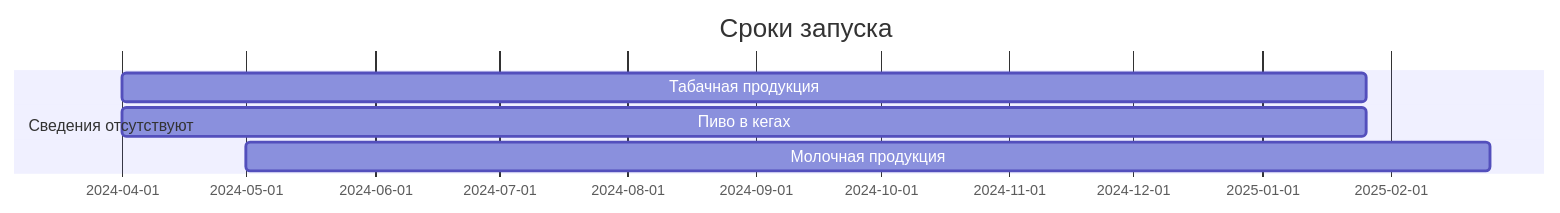
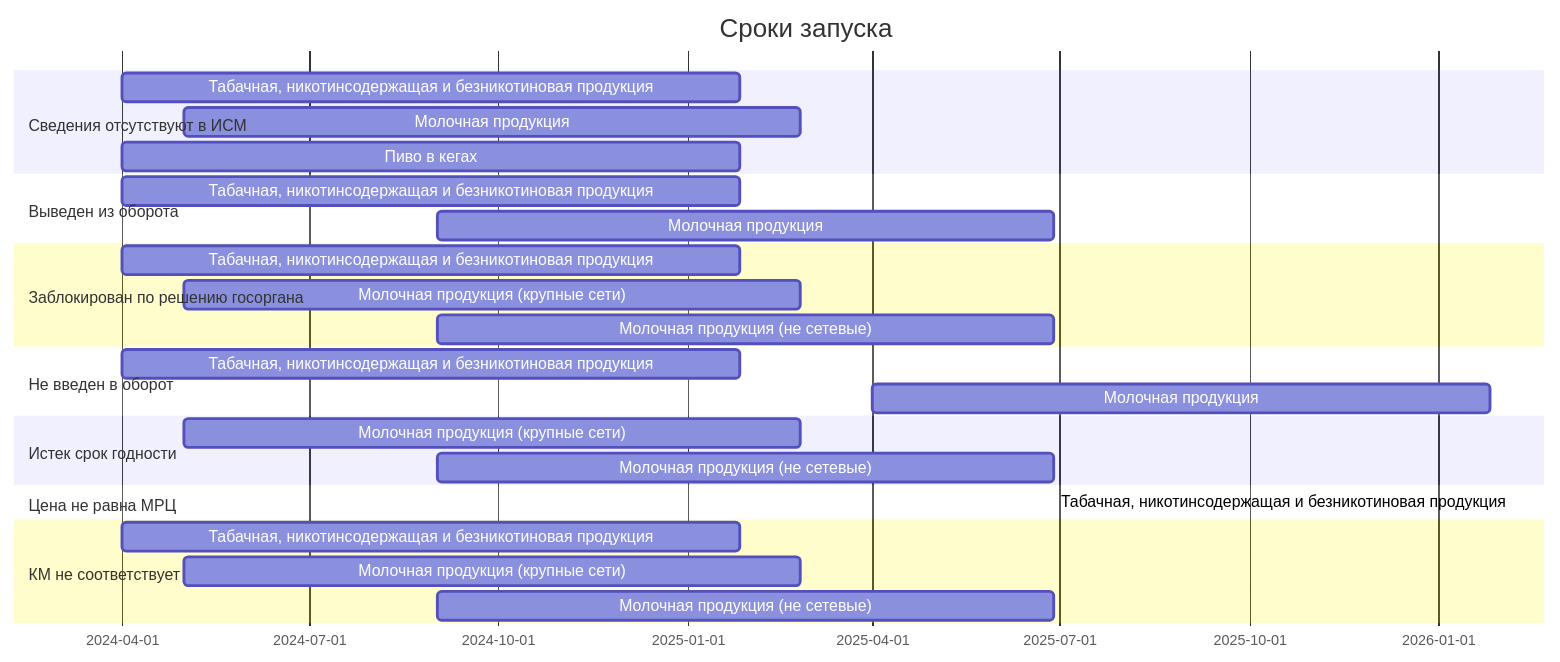
The diagram in imark/ppr1944.md (itidasoft/wiki), drawn with Mermaid before and after one commit. The commit also changed other lines of this file, not shown here.

Commit message:
docs: update imark/ppr1944

````diff
--- a/imark/ppr1944.md
+++ b/imark/ppr1944.md
@@ -193,9 +193,35 @@
 ```mermaid
 gantt
 	title Сроки запуска
   dateFormat DD-MM-YYYY
-  section Сведения отсутствуют
-  	Табачная продукция          :a1, 01-04-2024, 300d
-    Пиво в кегах    :a2, 01-04-2024, 300d  
-    Молочная продукция    :a3, 01-05-2024, 300d 
+  section Сведения отсутствуют в ИСМ
+  	Табачная, никотинсодержащая и безникотиновая продукция          :a1, 01-04-2024, 300d
+    Молочная продукция    :a2, 01-05-2024, 300d
+    Пиво в кегах    :a3, 01-04-2024, 300d  
+     
+  section Выведен из оборота
+  	Табачная, никотинсодержащая и безникотиновая продукция          :a1, 01-04-2024, 300d
+    Молочная продукция    :a2, 01-09-2024, 300d
+    
+  section Заблокирован по решению госоргана
+  	Табачная, никотинсодержащая и безникотиновая продукция          :a1, 01-04-2024, 300d
+    Молочная продукция (крупные сети)    :a2, 01-05-2024, 300d
+    Молочная продукция (не сетевые)    :a3, 01-09-2024, 300d
+    
+  section Не введен в оборот
+  	Табачная, никотинсодержащая и безникотиновая продукция          :a1, 01-04-2024, 300d
+    Молочная продукция    :a2, 01-04-2025, 300d
+    
+  section Истек срок годности
+  	Молочная продукция (крупные сети)    :a2, 01-05-2024, 300d
+    Молочная продукция (не сетевые)    :a3, 01-09-2024, 300d
+    
+  section Цена не равна МРЦ
+  	Табачная, никотинсодержащая и безникотиновая продукция          :a1
+    
+  section КМ не соответствует
+  	Табачная, никотинсодержащая и безникотиновая продукция          :a1, 01-04-2024, 300d
+    Молочная продукция (крупные сети)    :a2, 01-05-2024, 300d
+    Молочная продукция (не сетевые)    :a3, 01-09-2024, 300d
+    
 ```
````
